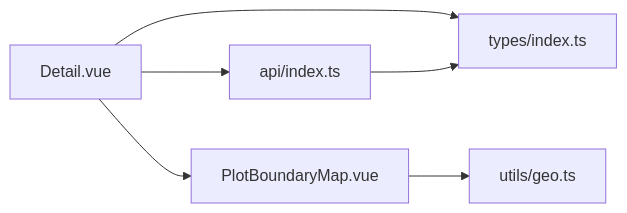
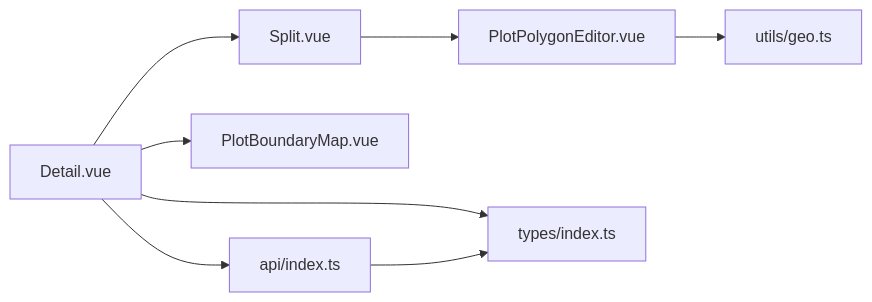
One commit to q446328246/agri-platform changed the eighth of 8 diagrams in .qoder/repowiki/zh/content/前端应用文档/核心页面/地块管理页面/地块详情页面.md. Above: the diagram before and after it, drawn with Mermaid. The commit also changed other lines of this file and 52 other files, not shown here.

````diff
--- a/.qoder/repowiki/zh/content/前端应用文档/核心页面/地块管理页面/地块详情页面.md
+++ b/.qoder/repowiki/zh/content/前端应用文档/核心页面/地块管理页面/地块详情页面.md
@@ -272,8 +387,10 @@
 ```mermaid
 graph LR
 Detail["Detail.vue"] --> Api["api/index.ts"]
 Detail --> Map["PlotBoundaryMap.vue"]
-Map --> Geo["utils/geo.ts"]
+Detail --> Split["Split.vue"]
+Split --> Editor["PlotPolygonEditor.vue"]
+Editor --> Geo["utils/geo.ts"]
 Detail --> Types["types/index.ts"]
 Api --> Types
 ```
````
